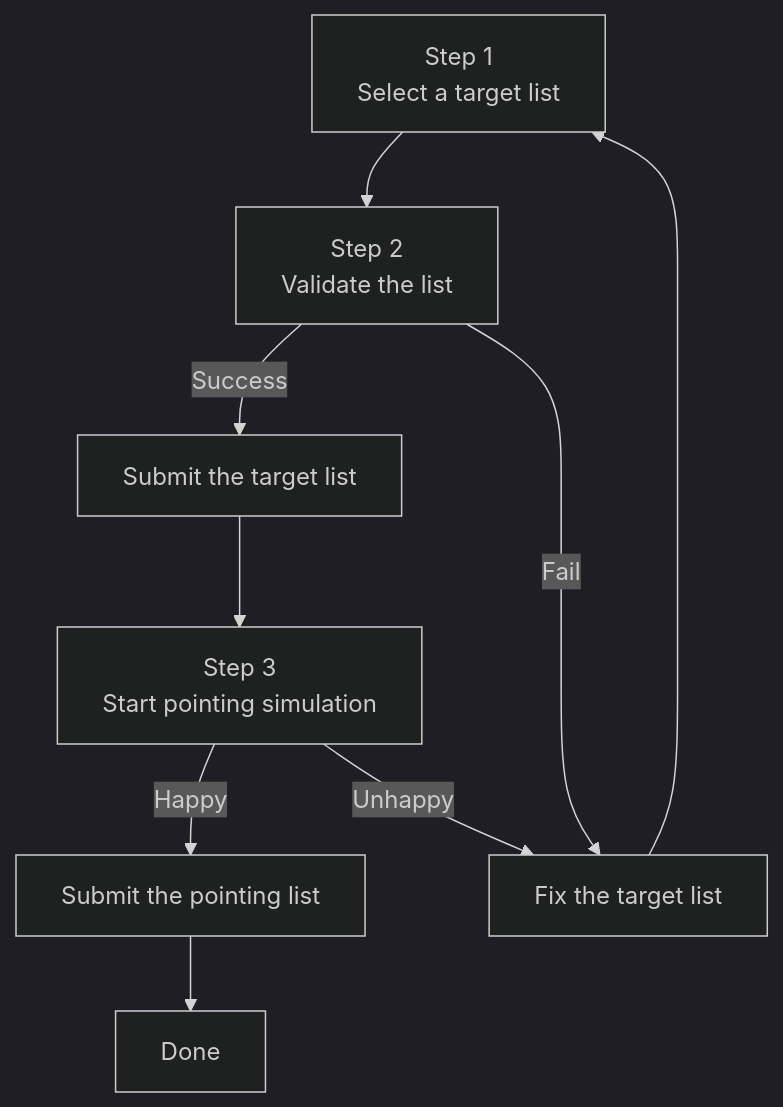
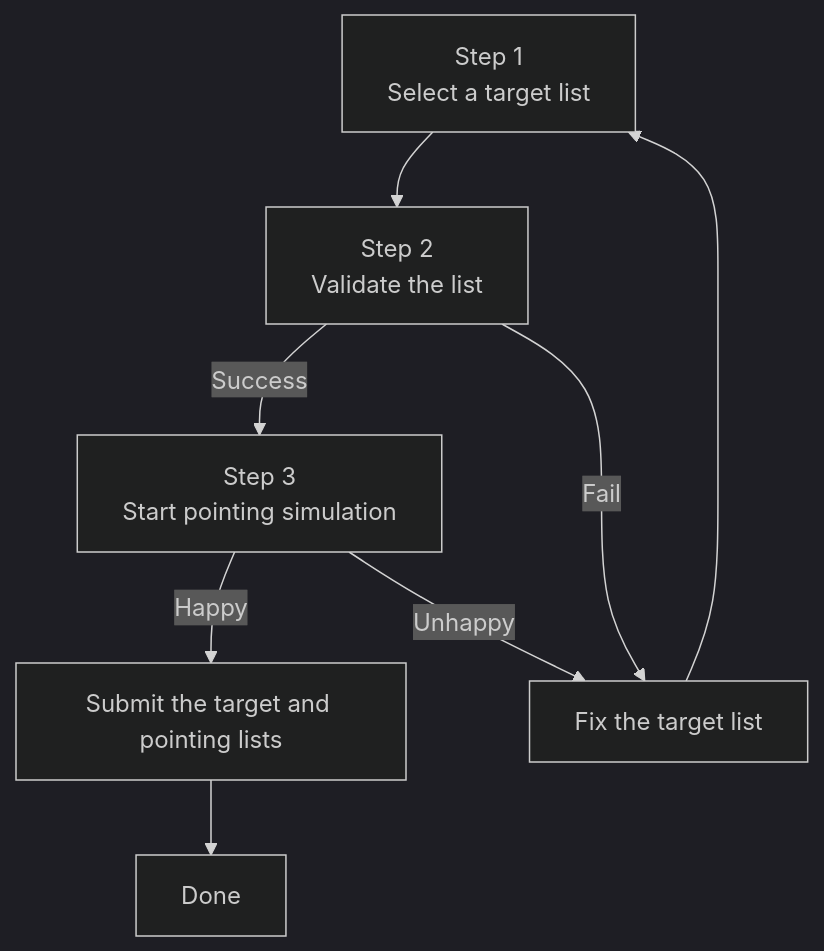
Before and after one commit to Subaru-PFS/spt_target_uploader: the diagram in docs/docs/index.md, drawn with Mermaid (dark theme).

Commit message:
update mermaid list to reflect the all-in-one submission

````diff
--- a/docs/docs/index.md
+++ b/docs/docs/index.md
@@ -7,11 +7,10 @@
 ```mermaid
 graph TD
   select_file[Step 1\nSelect a target list] --> validate[Step 2\nValidate the list];
-  validate -->|Success| submit_target_list[Submit the target list];
+  validate -->|Success| run_ppp[Step 3\nStart pointing simulation];
   validate -->|Fail| fix_errors[Fix the target list];
   fix_errors --> select_file;
-  submit_target_list --> run_ppp[Step 3\nStart pointing simulation];
-  run_ppp -->|Happy| submit_ppp_list[Submit the pointing list];
+  run_ppp -->|Happy| submit_results[Submit the target and pointing lists];
   run_ppp -->|Unhappy| fix_errors;
-  submit_ppp_list --> done[Done];
+  submit_results --> done[Done];
 ```
````
